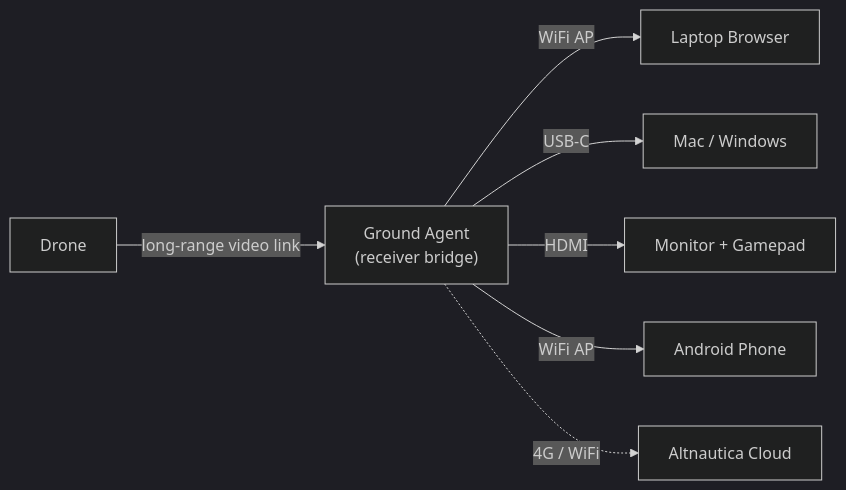
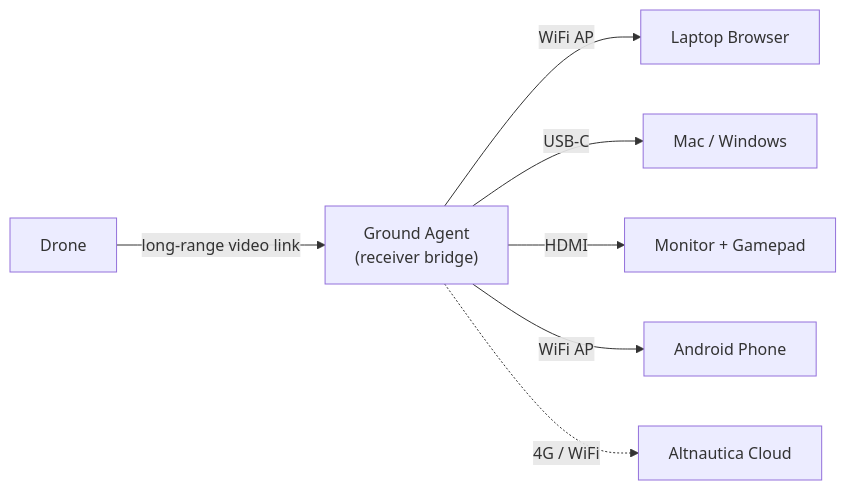
One commit to altnautica/Documentation changed the diagram in ground-agent/overview.mdx. Above: the diagram before and after it, drawn with Mermaid. The commit also changed 162 other files, not shown here.

````diff
--- a/ground-agent/overview.mdx
+++ b/ground-agent/overview.mdx
@@ -28,10 +28,9 @@
 ```mermaid
-%%{init: {'theme': 'dark'}}%%
 flowchart LR
     Drone["Drone"] -->|long-range video link| GS["Ground Agent<br/>(receiver bridge)"]
     GS -->|WiFi AP| Laptop["Laptop Browser"]
     GS -->|USB-C| Mac["Mac / Windows"]
     GS -->|HDMI| Monitor["Monitor + Gamepad"]
     GS -->|WiFi AP| Phone["Android Phone"]
     GS -.->|4G / WiFi| Cloud["Altnautica Cloud"]
 ```
````
